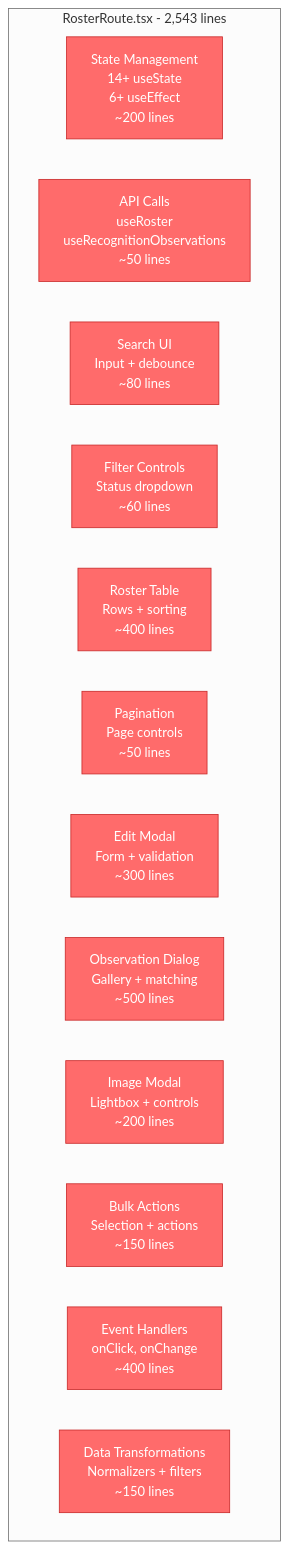
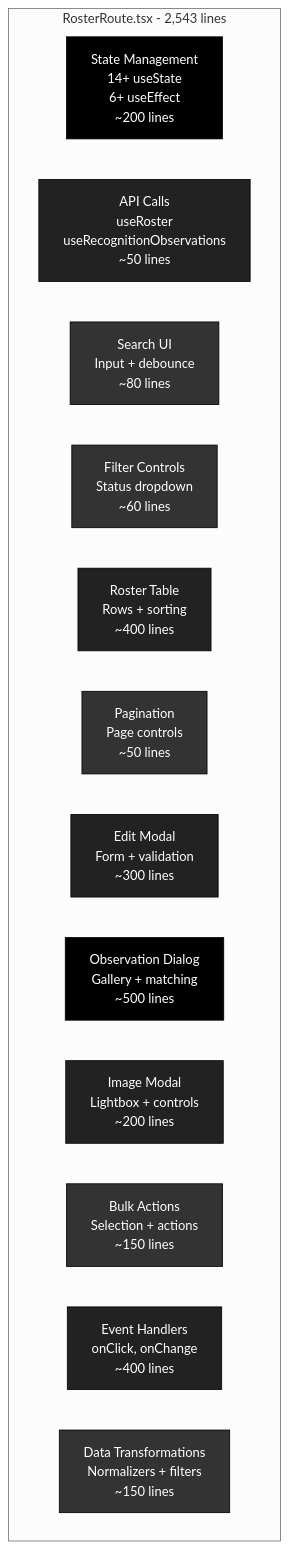
Before and after one commit to darce/context-alt-text-monorepo: the third of 5 diagrams in docs/architecture/rules/component-architecture-patterns.md, drawn with Mermaid (neutral theme). The commit also changed other lines of this file and 4 other files, not shown here.

````diff
--- a/docs/architecture/rules/component-architecture-patterns.md
+++ b/docs/architecture/rules/component-architecture-patterns.md
@@ -483,30 +483,30 @@
 ```mermaid
 graph TB
     subgraph "RosterRoute.tsx - 2,543 lines"
         A1["State Management<br/>14+ useState<br/>6+ useEffect<br/>~200 lines"]
         A2["API Calls<br/>useRoster<br/>useRecognitionObservations<br/>~50 lines"]
         A3["Search UI<br/>Input + debounce<br/>~80 lines"]
         A4["Filter Controls<br/>Status dropdown<br/>~60 lines"]
         A5["Roster Table<br/>Rows + sorting<br/>~400 lines"]
         A6["Pagination<br/>Page controls<br/>~50 lines"]
         A7["Edit Modal<br/>Form + validation<br/>~300 lines"]
         A8["Observation Dialog<br/>Gallery + matching<br/>~500 lines"]
         A9["Image Modal<br/>Lightbox + controls<br/>~200 lines"]
         A10["Bulk Actions<br/>Selection + actions<br/>~150 lines"]
         A11["Event Handlers<br/>onClick, onChange<br/>~400 lines"]
         A12["Data Transformations<br/>Normalizers + filters<br/>~150 lines"]
     end
 
-    style A1 fill:#ff6b6b,stroke:#c92a2a,color:#fff
-    style A2 fill:#ff6b6b,stroke:#c92a2a,color:#fff
-    style A3 fill:#ff6b6b,stroke:#c92a2a,color:#fff
-    style A4 fill:#ff6b6b,stroke:#c92a2a,color:#fff
-    style A5 fill:#ff6b6b,stroke:#c92a2a,color:#fff
-    style A6 fill:#ff6b6b,stroke:#c92a2a,color:#fff
-    style A7 fill:#ff6b6b,stroke:#c92a2a,color:#fff
-    style A8 fill:#ff6b6b,stroke:#c92a2a,color:#fff
-    style A9 fill:#ff6b6b,stroke:#c92a2a,color:#fff
-    style A10 fill:#ff6b6b,stroke:#c92a2a,color:#fff
-    style A11 fill:#ff6b6b,stroke:#c92a2a,color:#fff
-    style A12 fill:#ff6b6b,stroke:#c92a2a,color:#fff
+    style A1 fill:#000,stroke:#000,color:#fff
+    style A2 fill:#222,stroke:#000,color:#fff
+    style A3 fill:#333,stroke:#000,color:#fff
+    style A4 fill:#333,stroke:#000,color:#fff
+    style A5 fill:#222,stroke:#000,color:#fff
+    style A6 fill:#333,stroke:#000,color:#fff
+    style A7 fill:#222,stroke:#000,color:#fff
+    style A8 fill:#000,stroke:#000,color:#fff
+    style A9 fill:#222,stroke:#000,color:#fff
+    style A10 fill:#333,stroke:#000,color:#fff
+    style A11 fill:#222,stroke:#000,color:#fff
+    style A12 fill:#333,stroke:#000,color:#fff
 ```
````
